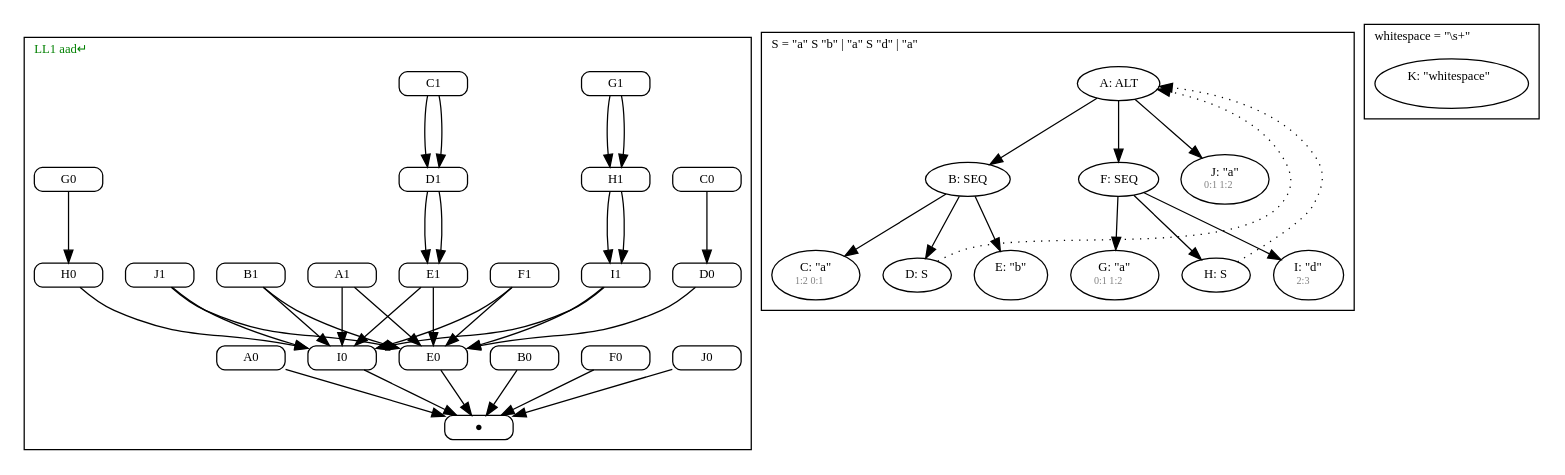
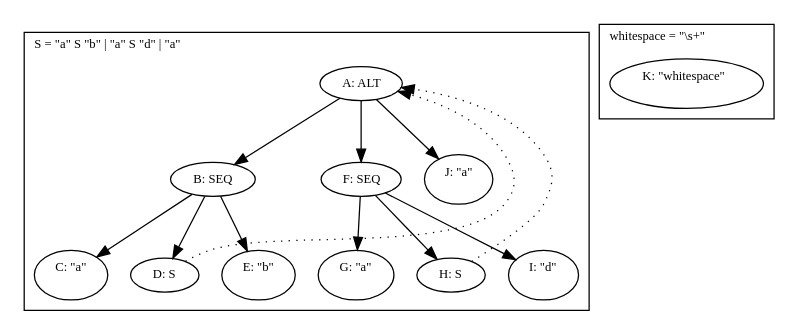
The diagram in diagram.gv (JanWillemBrands/AoC2021), drawn with Graphviz before and after one commit. The commit also changed 4 other files, not shown here.

```diff
--- a/diagram.gv
+++ b/diagram.gv
@@ -1,77 +1,47 @@
 digraph G {
   fontname = Menlo
   fontsize = 10
   node [fontname = Menlo, fontsize = 10]
   edge [fontname = Menlo, fontsize = 10]
   graph [ordering = out]
   subgraph GSS {
     cluster = true
-    label = <LL1 aad↵> fontcolor = green
+    label = <GLL aad↵> fontcolor = red
     labeljust = l
     node [shape = box, style = rounded, height = 0]
-    "J1" -> "I0"
-    "J1" -> "E0"
-    "J0" -> "●"
-    "I1" -> "I0"
-    "I1" -> "E0"
-    "I0" -> "●"
-    "H1" -> "I1"
-    "H1" -> "I1"
-    "H0" -> "I0"
-    "G1" -> "H1"
-    "G1" -> "H1"
-    "G0" -> "H0"
-    "F1" -> "I0"
-    "F1" -> "E0"
-    "F0" -> "●"
-    "E1" -> "I0"
-    "E1" -> "E0"
-    "E0" -> "●"
-    "D1" -> "E1"
-    "D1" -> "E1"
-    "D0" -> "E0"
-    "C1" -> "D1"
-    "C1" -> "D1"
-    "C0" -> "D0"
-    "B1" -> "I0"
-    "B1" -> "E0"
-    "B0" -> "●"
-    "A1" -> "I0"
-    "A1" -> "E0"
-    "A0" -> "●"
   }
   subgraph S {
     cluster = true
     label = <S = "a" S "b" | "a" S "d" | "a">
     labeljust = l
     node [shape = ellipse, height = 0]
     A [label = <A: ALT>]
     A -> B
     B [label = <B: SEQ>]
     B -> C
-    C [label = <C: "a"<br/><font color="gray" point-size="8.0"> 1:2 0:1 </font> >]
+    C [label = <C: "a"<br/><font color="gray" point-size="8.0">  </font> >]
     B -> D
     D [label = <D: S>]
     B -> E
     E [label = <E: "b"<br/><font color="gray" point-size="8.0">  </font> >]
     A -> F
     F [label = <F: SEQ>]
     F -> G
-    G [label = <G: "a"<br/><font color="gray" point-size="8.0"> 0:1 1:2 </font> >]
+    G [label = <G: "a"<br/><font color="gray" point-size="8.0">  </font> >]
     F -> H
     H [label = <H: S>]
     F -> I
-    I [label = <I: "d"<br/><font color="gray" point-size="8.0"> 2:3 </font> >]
+    I [label = <I: "d"<br/><font color="gray" point-size="8.0">  </font> >]
     A -> J
-    J [label = <J: "a"<br/><font color="gray" point-size="8.0"> 0:1 1:2 </font> >]
+    J [label = <J: "a"<br/><font color="gray" point-size="8.0">  </font> >]
   }
   subgraph whitespace {
     cluster = true
     label = <whitespace = "\s+">
     labeljust = l
     node [shape = ellipse, height = 0]
     K [label = <K: "whitespace"<br/><font color="gray" point-size="8.0">  </font> >]
   }
   D -> A [style = dotted, constraint = false]
   H -> A [style = dotted, constraint = false]
 }
```
